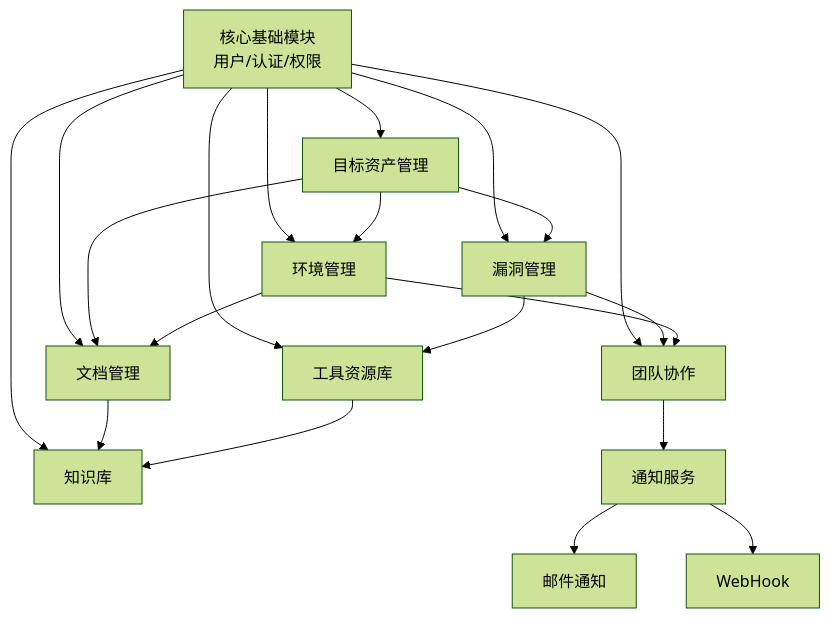
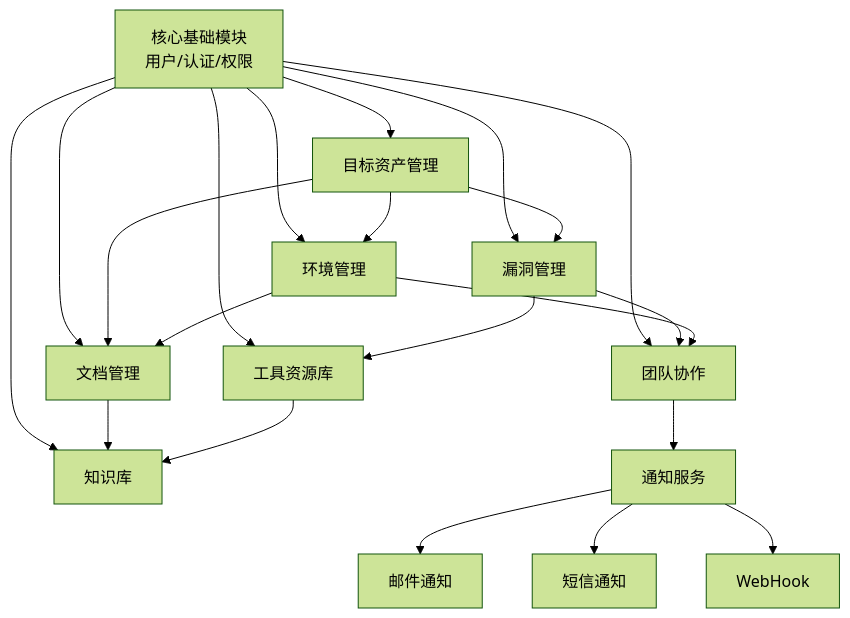
The fourth of 5 diagrams in docs/design/architecture.md (dayutech/Vuln-Audit-Lifecycle-Management), drawn with Mermaid (forest theme) before and after one commit. The commit also changed 7 other files, not shown here.

````diff
--- a/docs/design/architecture.md
+++ b/docs/design/architecture.md
@@ -170,27 +170,28 @@
 ```mermaid
 graph TD
     Core["核心基础模块<br/>用户/认证/权限"] --> Asset["目标资产管理"]
     Core --> Env["环境管理"]
     Core --> Doc["文档管理"]
     Core --> Vuln["漏洞管理"]
     Core --> Tool["工具资源库"]
     Core --> Team["团队协作"]
     Core --> Knowledge["知识库"]
     
     Asset --> Env
     Asset --> Vuln
     Asset --> Doc
     
     Vuln --> Tool
     Vuln --> Team
     
     Env --> Doc
     Env --> Team
     
     Doc --> Knowledge
     Tool --> Knowledge
     
     Team --> Notification["通知服务"]
     Notification --> Email["邮件通知"]
+    Notification --> SMS["短信通知"]
     Notification --> WebHook["WebHook"]
 ```
````
